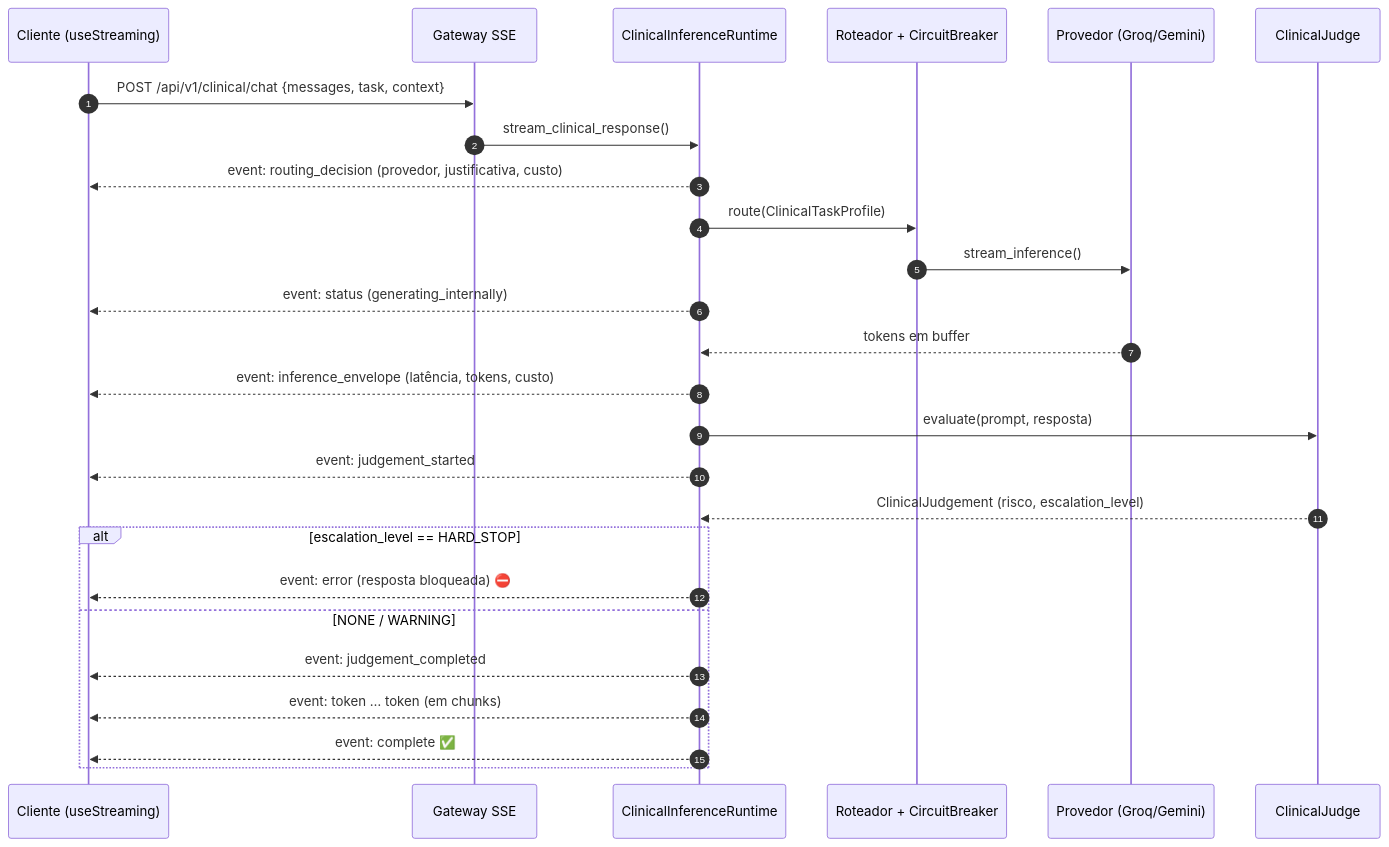
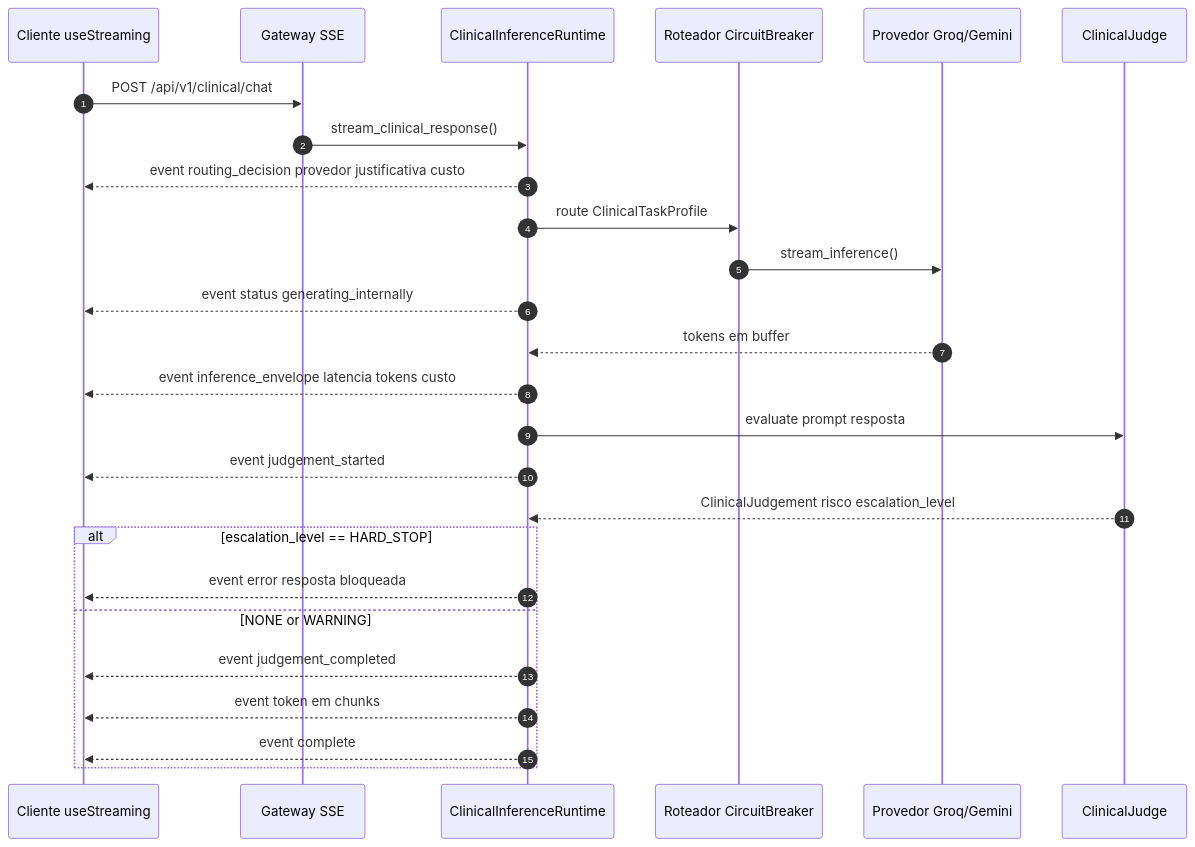
One commit to vdfs89/Aether_Oncology changed the second of 4 diagrams in README.pt-br.md. Above: the diagram before and after it, drawn with Mermaid. The commit also changed other lines of this file and 1 other file, not shown here.

First line of the commit message:
docs(readme): fix Mermaid diagrams not rendering on GitHub

````diff
--- a/README.pt-br.md
+++ b/README.pt-br.md
@@ -272,29 +272,29 @@
 ```mermaid
 sequenceDiagram
     autonumber
-    participant C as Cliente (useStreaming)
+    participant C as Cliente useStreaming
     participant G as Gateway SSE
     participant R as ClinicalInferenceRuntime
-    participant RT as Roteador + CircuitBreaker
-    participant P as Provedor (Groq/Gemini)
+    participant RT as Roteador CircuitBreaker
+    participant P as Provedor Groq/Gemini
     participant J as ClinicalJudge
 
-    C->>G: POST /api/v1/clinical/chat {messages, task, context}
+    C->>G: POST /api/v1/clinical/chat
     G->>R: stream_clinical_response()
-    R-->>C: event: routing_decision (provedor, justificativa, custo)
-    R->>RT: route(ClinicalTaskProfile)
+    R-->>C: event routing_decision provedor justificativa custo
+    R->>RT: route ClinicalTaskProfile
     RT->>P: stream_inference()
-    R-->>C: event: status (generating_internally)
+    R-->>C: event status generating_internally
     P-->>R: tokens em buffer
-    R-->>C: event: inference_envelope (latência, tokens, custo)
-    R->>J: evaluate(prompt, resposta)
-    R-->>C: event: judgement_started
-    J-->>R: ClinicalJudgement (risco, escalation_level)
+    R-->>C: event inference_envelope latencia tokens custo
+    R->>J: evaluate prompt resposta
+    R-->>C: event judgement_started
+    J-->>R: ClinicalJudgement risco escalation_level
     alt escalation_level == HARD_STOP
-        R-->>C: event: error (resposta bloqueada) ⛔
-    else NONE / WARNING
-        R-->>C: event: judgement_completed
-        R-->>C: event: token … token (em chunks)
-        R-->>C: event: complete ✅
+        R-->>C: event error resposta bloqueada
+    else NONE or WARNING
+        R-->>C: event judgement_completed
+        R-->>C: event token em chunks
+        R-->>C: event complete
     end
 ```
````
